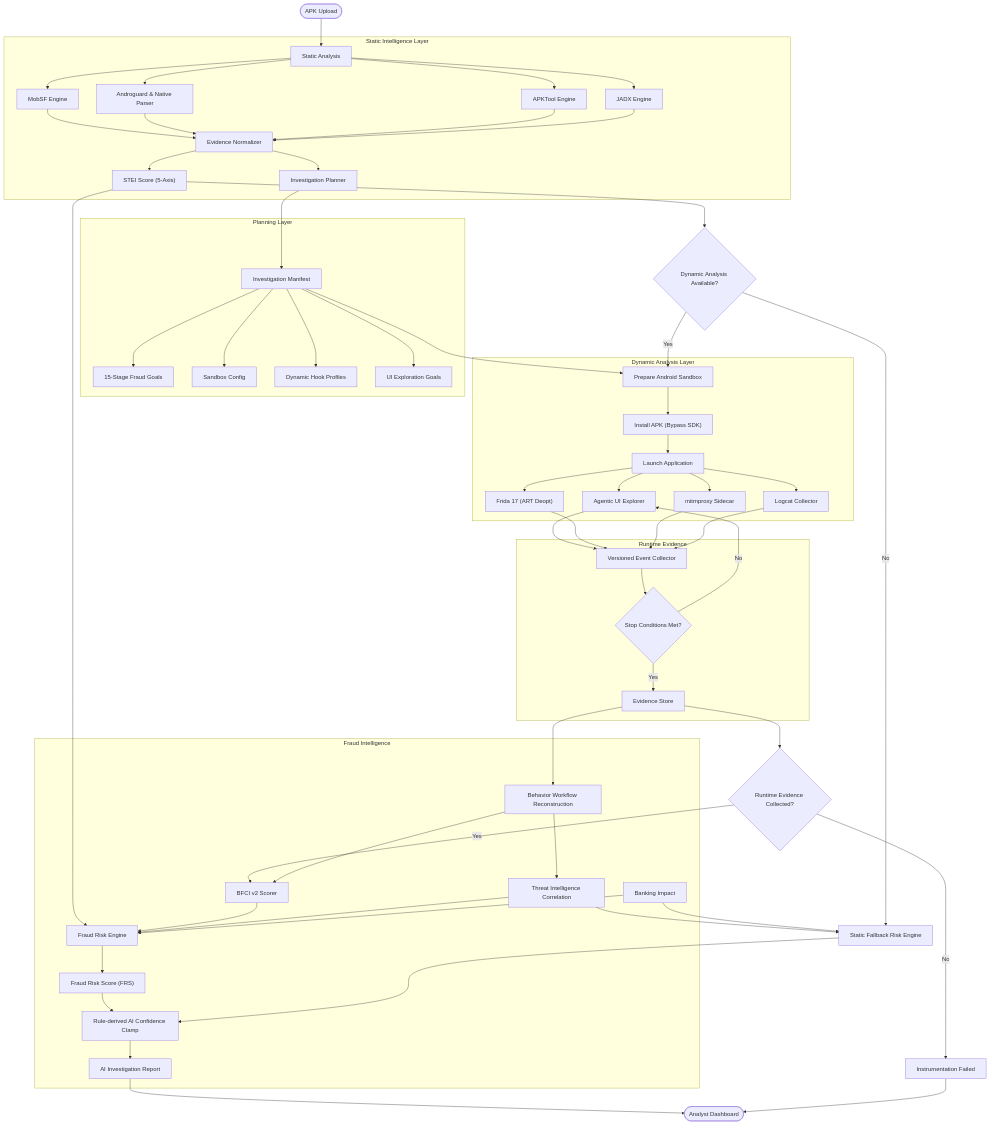
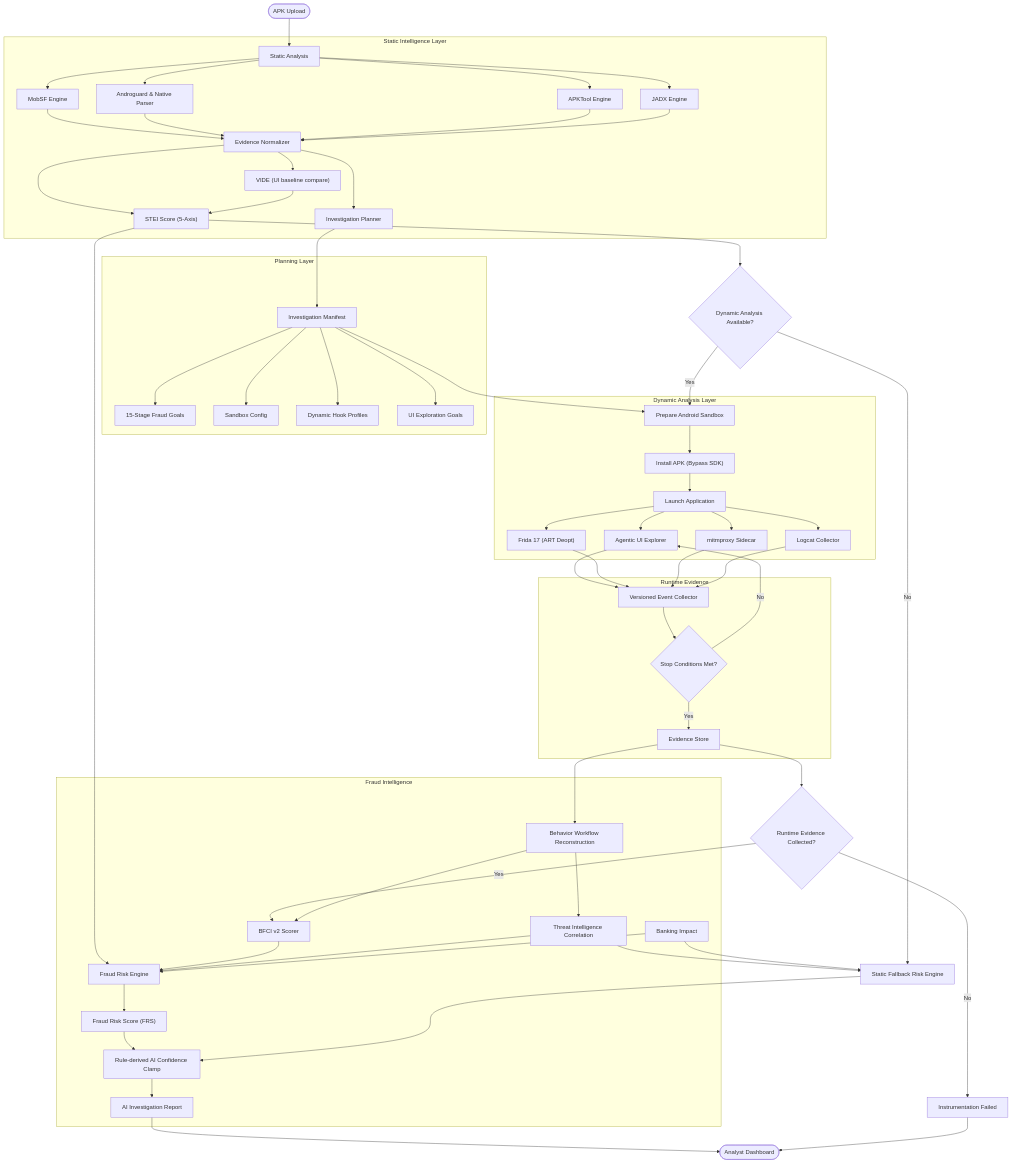
One commit to SanTiwari07/Sudarshan changed the diagram in README.md. Above: the diagram before and after it, drawn with Mermaid. The commit also changed other lines of this file, not shown here.

Commit message:
Update README for VIDE, cases API, and current test count

```diff
--- a/README.md
+++ b/README.md
@@ -78,6 +82,9 @@
 
 Normalize --> STEI
 Normalize --> Planner
+Normalize --> VIDE["VIDE (UI baseline compare)"]
+
+VIDE --> STEI
 
 end
 
```
